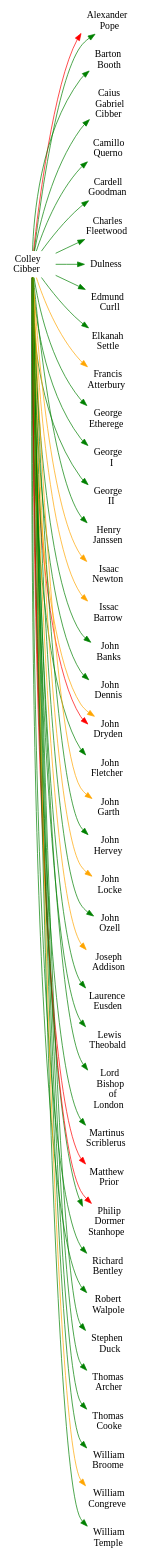
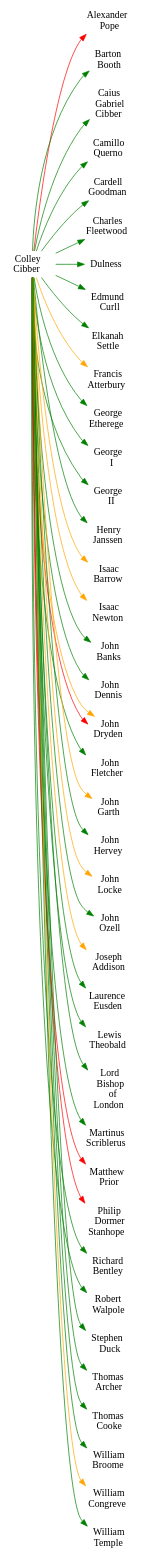
The diagram in images/COLLEY_CIBBER.dot (ontoligent/dunciad), drawn with Graphviz before and after one commit. The commit also changed 90 other files, not shown here.

```diff
--- a/images/COLLEY_CIBBER.dot
+++ b/images/COLLEY_CIBBER.dot
@@ -1,86 +1,84 @@
 digraph G {
 rankdir=LR
 node [shape=plaintext]
 ALEXANDER_POPE [label=< Alexander<br/>Pope >]
 BARTON_BOOTH [label=< Barton<br/>Booth >]
 CAIUS_GABRIEL_CIBBER [label=< Caius<br/>Gabriel<br/>Cibber >]
 CAMILLO_QUERNO [label=< Camillo<br/>Querno >]
 CARDELL_GOODMAN [label=< Cardell<br/>Goodman >]
 CHARLES_FLEETWOOD [label=< Charles<br/>Fleetwood >]
 COLLEY_CIBBER [label=< Colley<br/>Cibber >]
 DULNESS [label=< Dulness >]
 EDMUND_CURLL [label=< Edmund<br/>Curll >]
 ELKANAH_SETTLE [label=< Elkanah<br/>Settle >]
 FRANCIS_ATTERBURY [label=< Francis<br/>Atterbury >]
 GEORGE_ETHEREGE [label=< George<br/>Etherege >]
 GEORGE_I [label=< George<br/>I >]
 GEORGE_II [label=< George<br/>II >]
 HENRY_JANSSEN [label=< Henry<br/>Janssen >]
+ISAAC_BARROW [label=< Isaac<br/>Barrow >]
 ISAAC_NEWTON [label=< Isaac<br/>Newton >]
-ISSAC_BARROW [label=< Issac<br/>Barrow >]
 JOHN_BANKS [label=< John<br/>Banks >]
 JOHN_DENNIS [label=< John<br/>Dennis >]
 JOHN_DRYDEN [label=< John<br/>Dryden >]
 JOHN_FLETCHER [label=< John<br/>Fletcher >]
 JOHN_GARTH [label=< John<br/>Garth >]
 JOHN_HERVEY [label=< John<br/>Hervey >]
 JOHN_LOCKE [label=< John<br/>Locke >]
 JOHN_OZELL [label=< John<br/>Ozell >]
 JOSEPH_ADDISON [label=< Joseph<br/>Addison >]
 LAURENCE_EUSDEN [label=< Laurence<br/>Eusden >]
 LEWIS_THEOBALD [label=< Lewis<br/>Theobald >]
 LORD_BISHOP_OF_LONDON [label=< Lord<br/>Bishop<br/>of<br/>London >]
 MARTINUS_SCRIBLERUS [label=< Martinus<br/>Scriblerus >]
 MATTHEW_PRIOR [label=< Matthew<br/>Prior >]
 PHILIP_DORMER_STANHOPE [label=< Philip<br/>Dormer<br/>Stanhope >]
 RICHARD_BENTLEY [label=< Richard<br/>Bentley >]
 ROBERT_WALPOLE [label=< Robert<br/>Walpole >]
 STEPHEN_DUCK [label=< Stephen<br/>Duck >]
 THOMAS_ARCHER [label=< Thomas<br/>Archer >]
 THOMAS_COOKE [label=< Thomas<br/>Cooke >]
 WILLIAM_BROOME [label=< William<br/>Broome >]
 WILLIAM_CONGREVE [label=< William<br/>Congreve >]
 WILLIAM_TEMPLE [label=< William<br/>Temple >]
-COLLEY_CIBBER -> ALEXANDER_POPE [color=green weight=1]
-COLLEY_CIBBER -> ALEXANDER_POPE [color=red weight=81]
+COLLEY_CIBBER -> ALEXANDER_POPE [color=red weight=100]
 COLLEY_CIBBER -> BARTON_BOOTH [color=green weight=1]
 COLLEY_CIBBER -> CAIUS_GABRIEL_CIBBER [color=green weight=4]
 COLLEY_CIBBER -> CAMILLO_QUERNO [color=green weight=4]
 COLLEY_CIBBER -> CARDELL_GOODMAN [color=green weight=1]
 COLLEY_CIBBER -> CHARLES_FLEETWOOD [color=green weight=1]
 COLLEY_CIBBER -> DULNESS [color=green weight=81]
 COLLEY_CIBBER -> EDMUND_CURLL [color=green weight=4]
 COLLEY_CIBBER -> ELKANAH_SETTLE [color=green weight=9]
 COLLEY_CIBBER -> FRANCIS_ATTERBURY [color=orange weight=1]
 COLLEY_CIBBER -> GEORGE_ETHEREGE [color=green weight=1]
 COLLEY_CIBBER -> GEORGE_I [color=green weight=1]
-COLLEY_CIBBER -> GEORGE_II [color=green weight=9]
+COLLEY_CIBBER -> GEORGE_II [color=green weight=4]
 COLLEY_CIBBER -> HENRY_JANSSEN [color=green weight=1]
+COLLEY_CIBBER -> ISAAC_BARROW [color=orange weight=1]
 COLLEY_CIBBER -> ISAAC_NEWTON [color=orange weight=1]
-COLLEY_CIBBER -> ISSAC_BARROW [color=orange weight=1]
 COLLEY_CIBBER -> JOHN_BANKS [color=green weight=1]
 COLLEY_CIBBER -> JOHN_DENNIS [color=green weight=4]
 COLLEY_CIBBER -> JOHN_DRYDEN [color=red weight=1]
 COLLEY_CIBBER -> JOHN_DRYDEN [color=orange weight=1]
 COLLEY_CIBBER -> JOHN_FLETCHER [color=green weight=1]
 COLLEY_CIBBER -> JOHN_GARTH [color=orange weight=1]
 COLLEY_CIBBER -> JOHN_HERVEY [color=green weight=1]
 COLLEY_CIBBER -> JOHN_LOCKE [color=orange weight=1]
-COLLEY_CIBBER -> JOHN_OZELL [color=green weight=4]
+COLLEY_CIBBER -> JOHN_OZELL [color=green weight=1]
 COLLEY_CIBBER -> JOSEPH_ADDISON [color=orange weight=1]
 COLLEY_CIBBER -> LAURENCE_EUSDEN [color=green weight=9]
 COLLEY_CIBBER -> LEWIS_THEOBALD [color=green weight=9]
 COLLEY_CIBBER -> LORD_BISHOP_OF_LONDON [color=green weight=1]
 COLLEY_CIBBER -> MARTINUS_SCRIBLERUS [color=green weight=4]
 COLLEY_CIBBER -> MATTHEW_PRIOR [color=red weight=1]
-COLLEY_CIBBER -> PHILIP_DORMER_STANHOPE [color=green weight=1]
 COLLEY_CIBBER -> PHILIP_DORMER_STANHOPE [color=red weight=1]
 COLLEY_CIBBER -> RICHARD_BENTLEY [color=green weight=4]
 COLLEY_CIBBER -> ROBERT_WALPOLE [color=green weight=4]
 COLLEY_CIBBER -> STEPHEN_DUCK [color=green weight=1]
 COLLEY_CIBBER -> THOMAS_ARCHER [color=green weight=1]
 COLLEY_CIBBER -> THOMAS_COOKE [color=green weight=1]
 COLLEY_CIBBER -> WILLIAM_BROOME [color=green weight=1]
 COLLEY_CIBBER -> WILLIAM_CONGREVE [color=orange weight=1]
 COLLEY_CIBBER -> WILLIAM_TEMPLE [color=green weight=1]
 }
```
